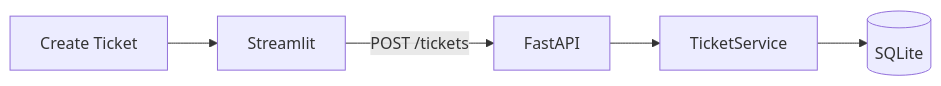
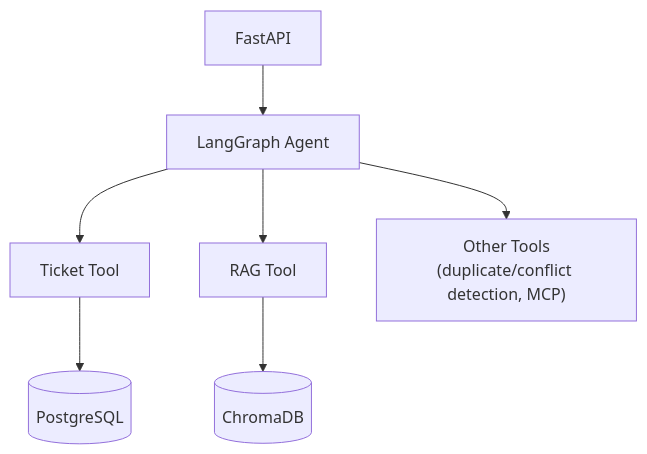
The ninth of 9 diagrams in docs/IMPLEMENTATION_GUIDE.md (bee-honey/ai-support-ticket-resolver), drawn with Mermaid before and after one commit. The commit also changed other lines of this file, not shown here.

````diff
--- a/docs/IMPLEMENTATION_GUIDE.md
+++ b/docs/IMPLEMENTATION_GUIDE.md
@@ -630,12 +462,9 @@
 ```mermaid
-flowchart LR
-    A["Create Ticket"]
-    B["Streamlit"]
-    C["FastAPI"]
-    D["TicketService"]
-    E[("SQLite")]
-    A --> B
-    B -->|"POST /tickets"| C
-    C --> D
-    D --> E
+flowchart TD
+    API2["FastAPI"] --> LG["LangGraph Agent"]
+    LG --> TT["Ticket Tool"]
+    LG --> RT["RAG Tool"]
+    LG --> OT["Other Tools<br/>(duplicate/conflict detection, MCP)"]
+    TT --> PG2[("PostgreSQL")]
+    RT --> Chroma2[("ChromaDB")]
 ```
````
